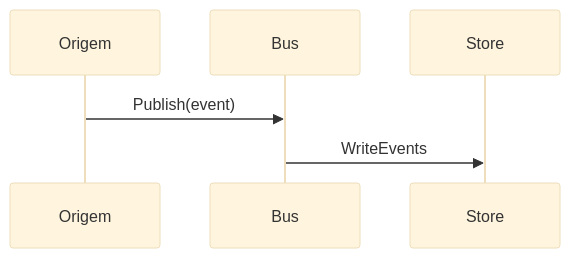
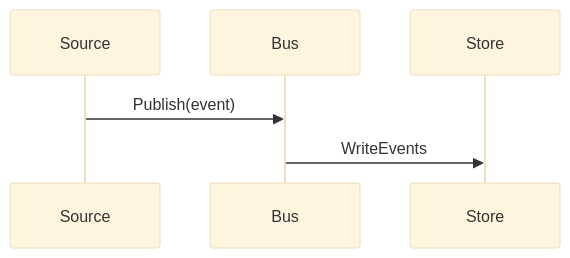
One commit to HarryRaddatz/argus-observability changed the first of 4 diagrams in docs/flows/events-and-alerts.md. Above: the diagram before and after it, drawn with Mermaid (base theme). The commit also changed other lines of this file and 89 other files, not shown here.

````diff
--- a/docs/flows/events-and-alerts.md
+++ b/docs/flows/events-and-alerts.md
@@ -22,9 +22,9 @@
 ```mermaid
 sequenceDiagram
-  participant Source as Origem
+  participant Source
   participant Bus
   participant Store
 
   Source->>Bus: Publish(event)
   Bus->>Store: WriteEvents
 ```
````
